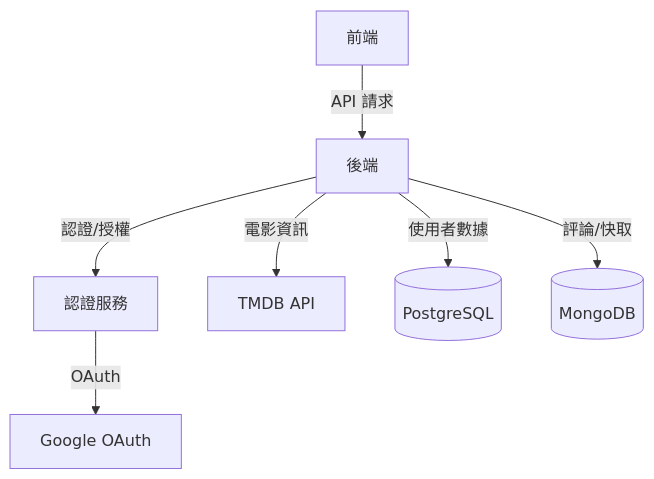
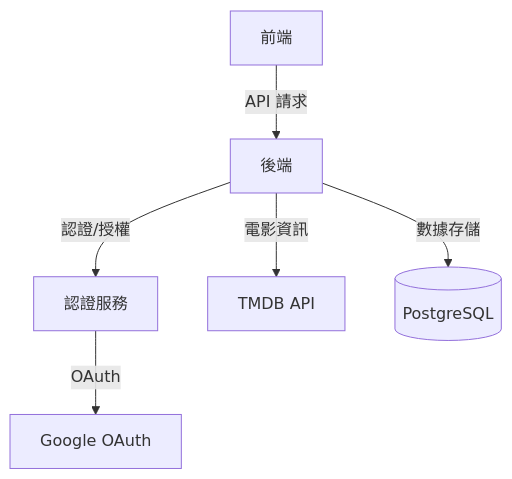
Before and after one commit to poordog777/movie-viewer: the first of 3 diagrams in Architecture.md, drawn with Mermaid. The commit also changed other lines of this file and 1 other file, not shown here.

Commit message:
Refactor architecture documentation to remove MongoDB references, update PostgreSQL schema, and enhance feature descriptions in README

````diff
--- a/Architecture.md
+++ b/Architecture.md
@@ -5,9 +5,8 @@
 ```mermaid
 graph TD
     Client[前端] -->|API 請求| BFF[後端]
     BFF -->|認證/授權| Auth[認證服務]
     BFF -->|電影資訊| TMDB[TMDB API]
-    BFF -->|使用者數據| PostgreSQL[(PostgreSQL)]
-    BFF -->|評論/快取| MongoDB[(MongoDB)]
+    BFF -->|數據存儲| PostgreSQL[(PostgreSQL)]
     Auth -->|OAuth| Google[Google OAuth]
 ```
````
